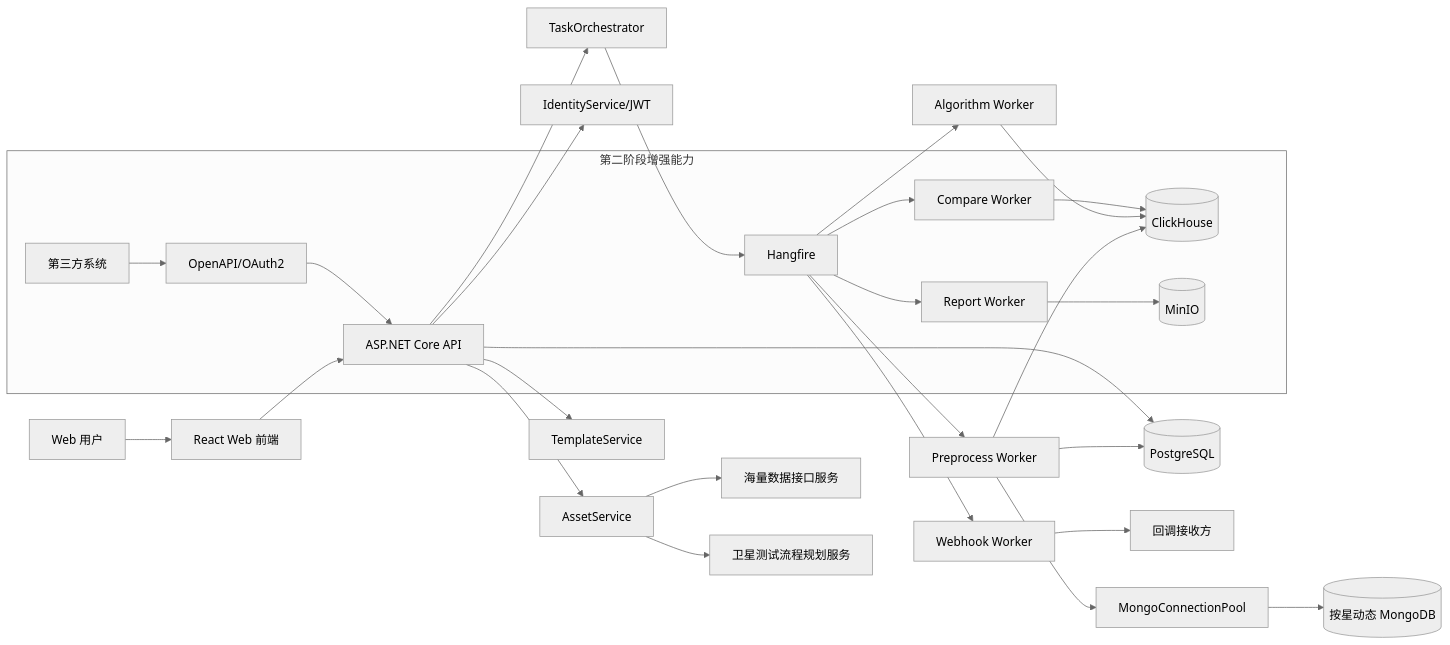
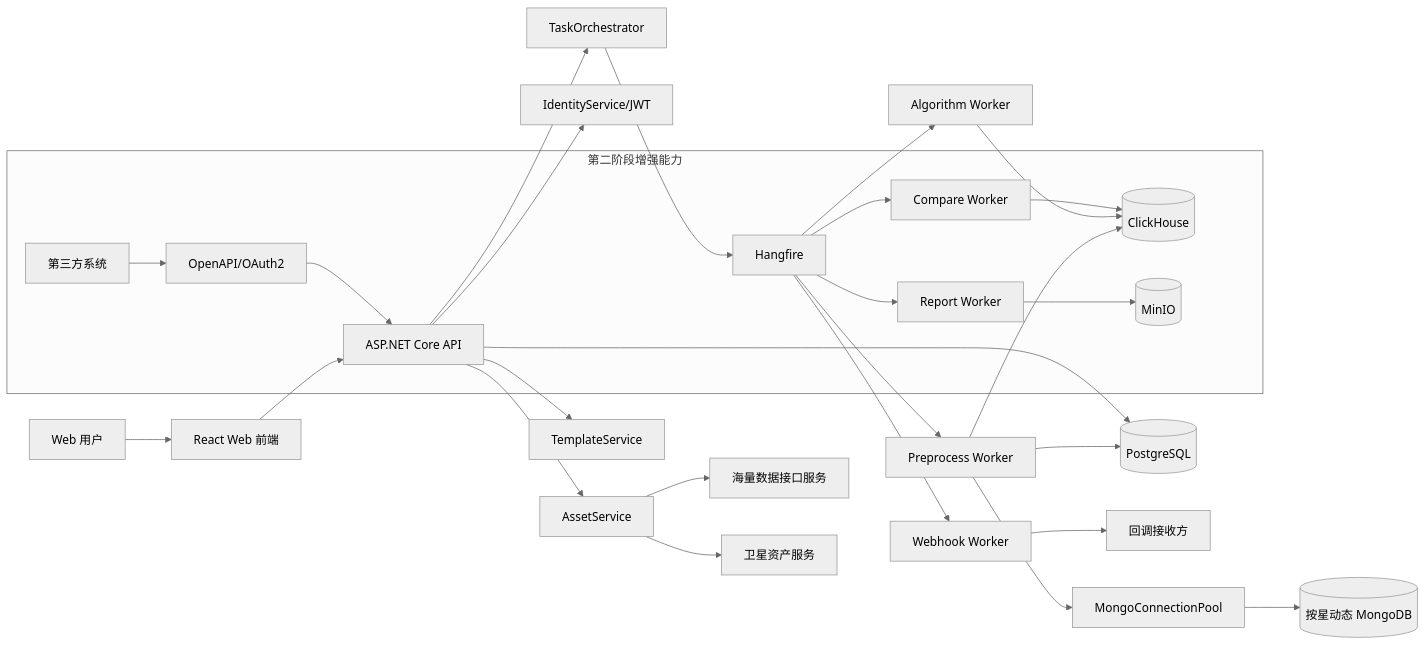
The first of 16 diagrams in design/详细设计文档_卫星测试数据预处理与数据分析平台_V2.0.md (supertsingbo-art/SatelliteDataAnalytics), drawn with Mermaid (neutral theme) before and after one commit. The commit also changed other lines of this file and 20 other files, not shown here.

````diff
--- a/design/详细设计文档_卫星测试数据预处理与数据分析平台_V2.0.md
+++ b/design/详细设计文档_卫星测试数据预处理与数据分析平台_V2.0.md
@@ -65,34 +65,34 @@
 ```mermaid
 flowchart LR
     U[Web 用户] --> FE[React Web 前端]
     FE --> API[ASP.NET Core API]
 
     API --> Auth[IdentityService/JWT]
     API --> Asset[AssetService]
     API --> Template[TemplateService]
     API --> Task[TaskOrchestrator]
 
     Task --> HF[Hangfire]
     HF --> PreWorker[Preprocess Worker]
     HF --> AlgoWorker[Algorithm Worker]
     HF --> WebhookWorker[Webhook Worker]
 
     Asset --> MassApi[海量数据接口服务]
-    Asset --> SatAssetApi[卫星测试流程规划服务]
+    Asset --> SatAssetApi[卫星资产服务]
     PreWorker --> MongoPool[MongoConnectionPool]
     MongoPool --> Mongo[(按星动态 MongoDB)]
     PreWorker --> CH[(ClickHouse)]
     PreWorker --> PG[(PostgreSQL)]
     AlgoWorker --> CH
     WebhookWorker --> CallbackReceiver[回调接收方]
     API --> PG
 
     subgraph Phase2[第二阶段增强能力]
         C[第三方系统] --> OpenApi[OpenAPI/OAuth2]
         OpenApi --> API
         HF --> CompareWorker[Compare Worker]
         HF --> ReportWorker[Report Worker]
         CompareWorker --> CH
         ReportWorker --> MinIO[(MinIO)]
     end
 ```
````
